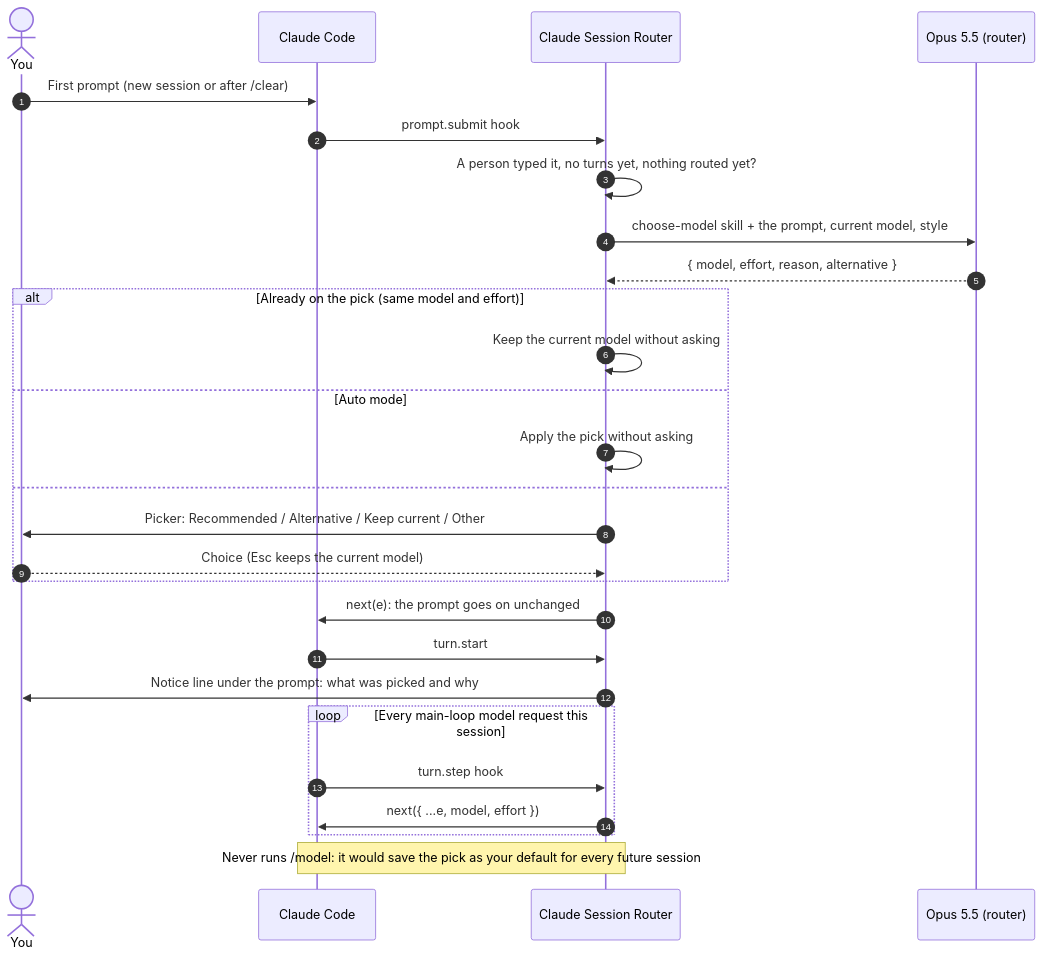
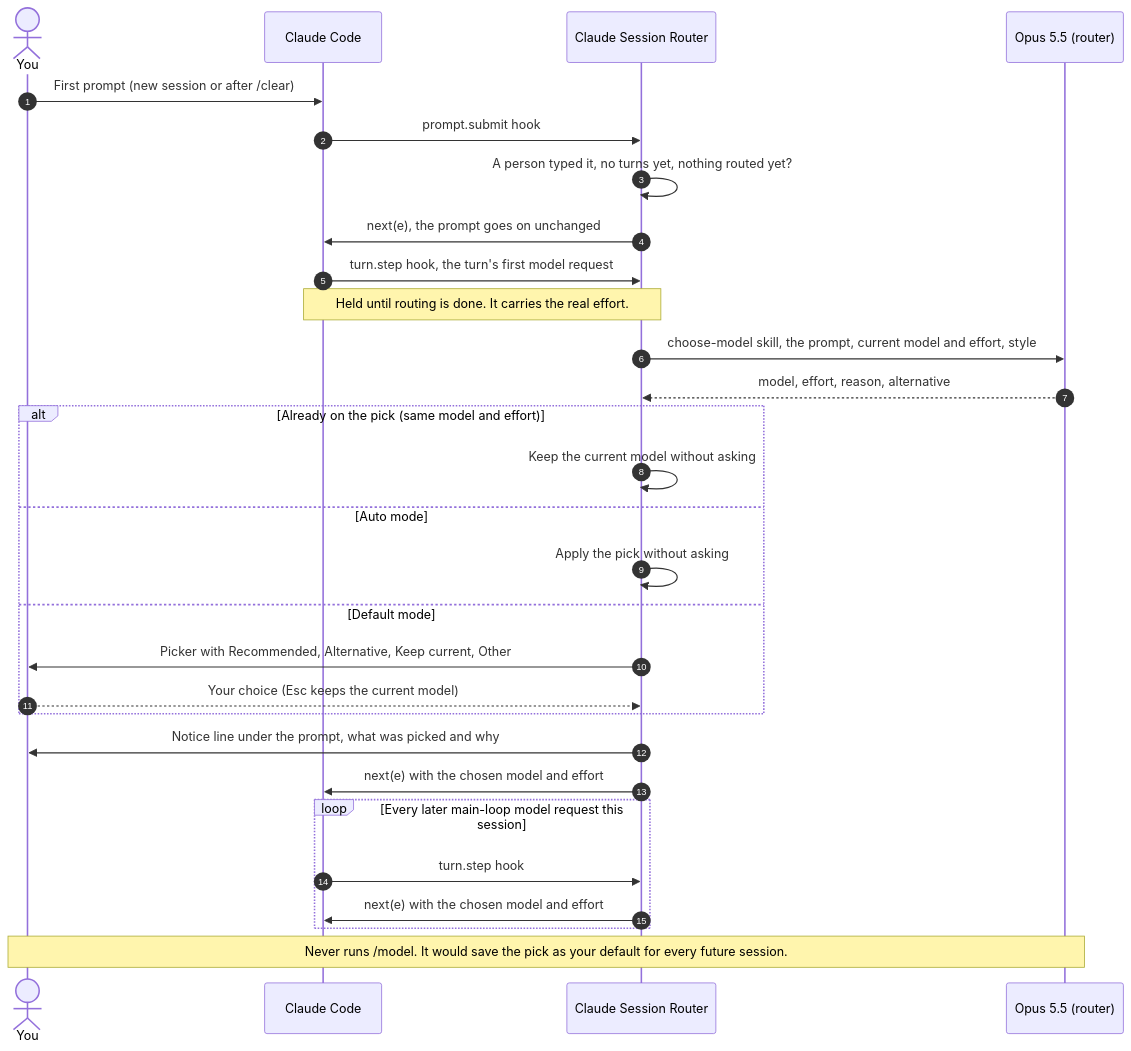
One commit to htxryan/claude-session-router changed the diagram in docs/how-it-works.md. Above: the diagram before and after it, drawn with Mermaid. The commit also changed other lines of this file and 5 other files, not shown here.

First line of the commit message:
Route at the first model request, where the real effort shows (#33)

````diff
--- a/docs/how-it-works.md
+++ b/docs/how-it-works.md
@@ -5,29 +5,31 @@
 ```mermaid
 sequenceDiagram
     autonumber
     actor You
     participant CC as Claude Code
     participant Mod as Claude Session Router
     participant Opus as Opus 5.5 (router)
     You->>CC: First prompt (new session or after /clear)
     CC->>Mod: prompt.submit hook
     Mod->>Mod: A person typed it, no turns yet, nothing routed yet?
-    Mod->>Opus: choose-model skill + the prompt, current model, style
-    Opus-->>Mod: { model, effort, reason, alternative }
+    Mod->>CC: next(e), the prompt goes on unchanged
+    CC->>Mod: turn.step hook, the turn's first model request
+    Note over CC,Mod: Held until routing is done. It carries the real effort.
+    Mod->>Opus: choose-model skill, the prompt, current model and effort, style
+    Opus-->>Mod: model, effort, reason, alternative
     alt Already on the pick (same model and effort)
         Mod->>Mod: Keep the current model without asking
     else Auto mode
         Mod->>Mod: Apply the pick without asking
-    else
-        Mod->>You: Picker: Recommended / Alternative / Keep current / Other
-        You-->>Mod: Choice (Esc keeps the current model)
+    else Default mode
+        Mod->>You: Picker with Recommended, Alternative, Keep current, Other
+        You-->>Mod: Your choice (Esc keeps the current model)
     end
-    Mod->>CC: next(e): the prompt goes on unchanged
-    CC->>Mod: turn.start
-    Mod->>You: Notice line under the prompt: what was picked and why
-    loop Every main-loop model request this session
+    Mod->>You: Notice line under the prompt, what was picked and why
+    Mod->>CC: next(e) with the chosen model and effort
+    loop Every later main-loop model request this session
         CC->>Mod: turn.step hook
-        Mod->>CC: next({ ...e, model, effort })
+        Mod->>CC: next(e) with the chosen model and effort
     end
-    Note over Mod,CC: Never runs /model: it would save the pick as your default for every future session
+    Note over You,Opus: Never runs /model. It would save the pick as your default for every future session.
 ```
````
